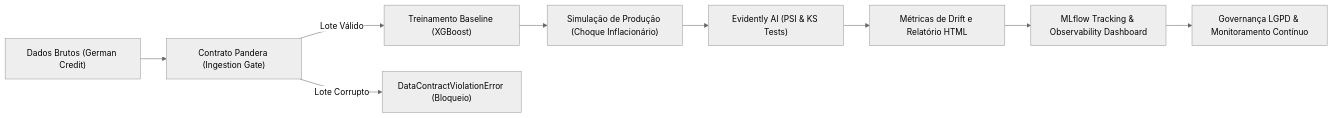
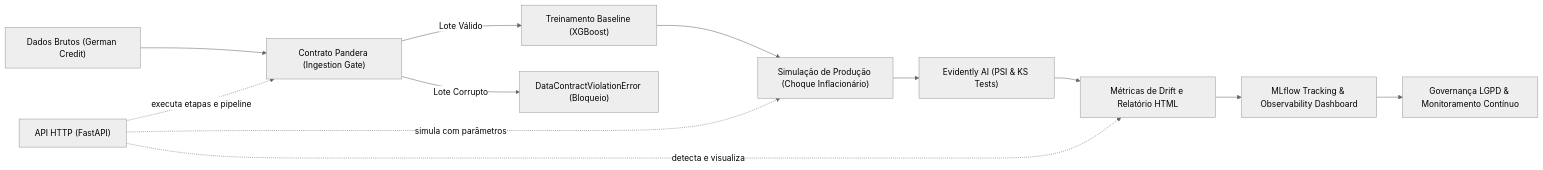
Before and after one commit to gui3561-ux/grupo-52-tech-challenger-fase4: the first of 2 diagrams in README.md, drawn with Mermaid (neutral theme). The commit also changed other lines of this file and 49 other files, not shown here.

````diff
--- a/README.md
+++ b/README.md
@@ -30,11 +31,14 @@
 ```mermaid
 flowchart LR
     A["Dados Brutos (German Credit)"] --> B["Contrato Pandera (Ingestion Gate)"]
     B -->|Lote Válido| C["Treinamento Baseline (XGBoost)"]
     B -->|Lote Corrupto| X["DataContractViolationError (Bloqueio)"]
     C --> D["Simulação de Produção (Choque Inflacionário)"]
     D --> E["Evidently AI (PSI & KS Tests)"]
     E --> F["Métricas de Drift e Relatório HTML"]
     F --> G["MLflow Tracking & Observability Dashboard"]
     G --> H["Governança LGPD & Monitoramento Contínuo"]
+    API["API HTTP (FastAPI)"] -.->|executa etapas e pipeline| B
+    API -.->|simula com parâmetros| D
+    API -.->|detecta e visualiza| F
 ```
````
